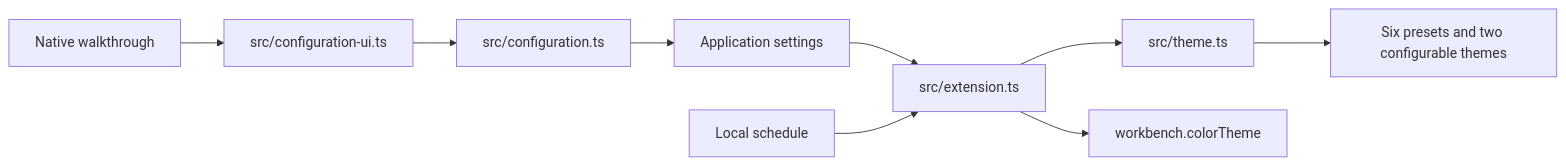
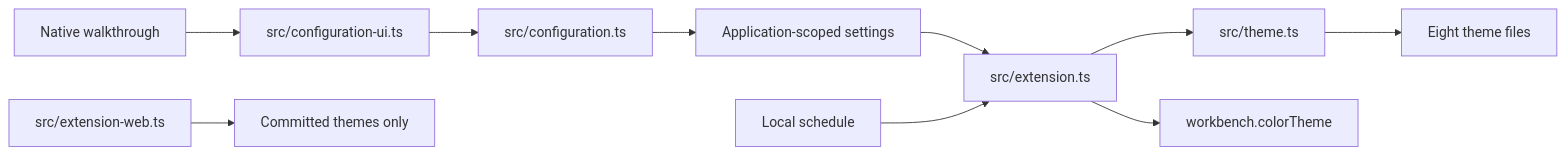
One commit to overengineered-org/everforest-vscode-theme changed the diagram in docs/ARCHITECTURE.md. Above: the diagram before and after it, drawn with Mermaid. The commit also changed other lines of this file and 101 other files, not shown here.

````diff
--- a/docs/ARCHITECTURE.md
+++ b/docs/ARCHITECTURE.md
@@ -5,11 +6,12 @@
 ```mermaid
 flowchart LR
   Walkthrough[Native walkthrough] --> Commands[src/configuration-ui.ts]
   Commands --> Domain[src/configuration.ts]
-  Domain --> Settings[Application settings]
+  Domain --> Settings[Application-scoped settings]
   Settings --> Desktop[src/extension.ts]
   Desktop --> Compiler[src/theme.ts]
-  Compiler --> Themes[Six presets and two configurable themes]
+  Compiler --> Themes[Eight theme files]
   Schedule[Local schedule] --> Desktop
   Desktop --> Workbench[workbench.colorTheme]
+  Web[src/extension-web.ts] --> Committed[Committed themes only]
 ```
````
